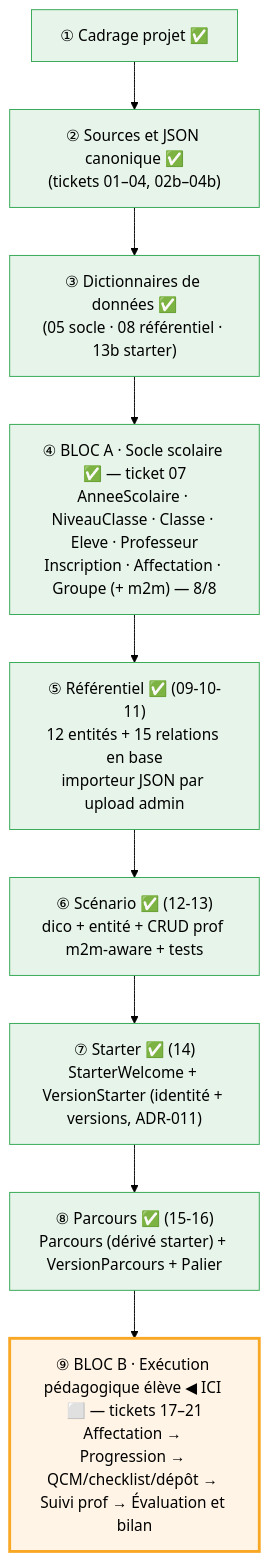
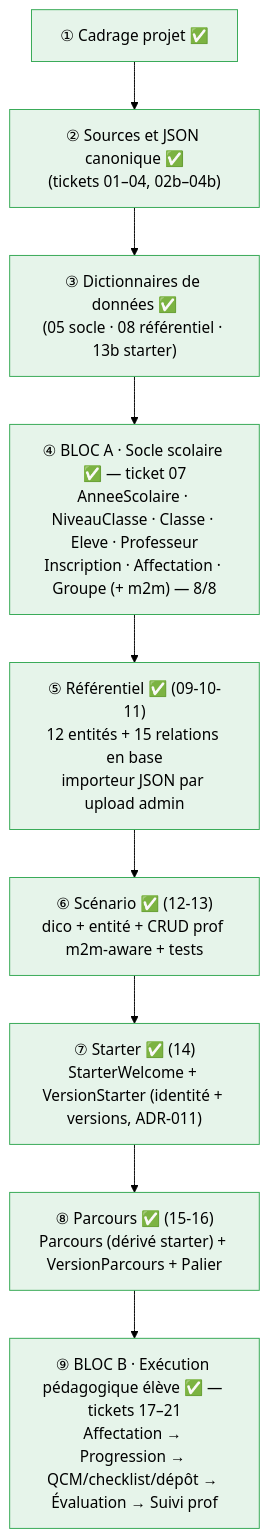
One commit to caucrogeGit/ReferenCiel-Manager changed the diagram in docs/journal-de-progression.md. Above: the diagram before and after it, drawn with Mermaid (forest theme). The commit also changed other lines of this file, not shown here.

Commit message:
docs(journal): Bloc B terminé — tunnel complet (phases ①–⑨, 42 entités, 43 tests)

````diff
--- a/docs/journal-de-progression.md
+++ b/docs/journal-de-progression.md
@@ -786,18 +786,17 @@
 ```mermaid
 flowchart TD
     A["① Cadrage projet ✅"]
     B["② Sources et JSON canonique ✅<br/>(tickets 01–04, 02b–04b)"]
     C["③ Dictionnaires de données ✅<br/>(05 socle · 08 référentiel · 13b starter)"]
     D["④ BLOC A · Socle scolaire ✅ — ticket 07<br/>AnneeScolaire · NiveauClasse · Classe · Eleve · Professeur<br/>Inscription · Affectation · Groupe (+ m2m) — 8/8"]
     E["⑤ Référentiel ✅ (09-10-11)<br/>12 entités + 15 relations en base<br/>importeur JSON par upload admin"]
     F["⑥ Scénario ✅ (12-13)<br/>dico + entité + CRUD prof m2m-aware + tests"]
     G["⑦ Starter ✅ (14)<br/>StarterWelcome + VersionStarter (identité + versions, ADR-011)"]
     H["⑧ Parcours ✅ (15-16)<br/>Parcours (dérivé starter) + VersionParcours + Palier"]
-    I["⑨ BLOC B · Exécution pédagogique élève ◀ ICI ⬜ — tickets 17–21<br/>Affectation → Progression → QCM/checklist/dépôt → Suivi prof → Évaluation et bilan"]
+    I["⑨ BLOC B · Exécution pédagogique élève ✅ — tickets 17–21<br/>Affectation → Progression → QCM/checklist/dépôt → Évaluation → Suivi prof"]
     A --> B --> C --> D --> E --> F --> G --> H --> I
     classDef done fill:#e6f4ea,stroke:#34a853;
     classDef current fill:#fff4e5,stroke:#f9a825,stroke-width:3px;
     classDef todo fill:#f1f3f4,stroke:#9aa0a6;
-    class A,B,C,D,E,F,G,H done
-    class I current
+    class A,B,C,D,E,F,G,H,I done
 ```
````
